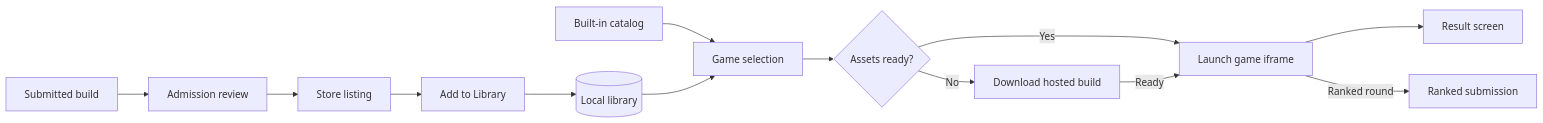
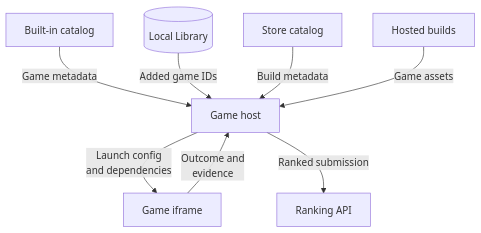
One commit to CSE210-Team-7-11/RanKing changed the first of 4 diagrams in docs/architecture/game-library.md. Above: the diagram before and after it, drawn with Mermaid. The commit also changed other lines of this file and 2 other files, not shown here.

Commit message:
Improved system structure diagrams

````diff
--- a/docs/architecture/game-library.md
+++ b/docs/architecture/game-library.md
@@ -9,15 +9,10 @@
 ```mermaid
-flowchart LR
-    BuiltIn["Built-in catalog"] --> Catalog["Game selection"]
-    Source["Submitted build"] --> Vet["Admission review"]
-    Vet --> Store["Store listing"]
-    Store --> Add["Add to Library"]
-    Add --> Library[("Local library")]
-    Library --> Catalog
-    Catalog --> Ready{"Assets ready?"}
-    Ready -->|Yes| FrameRun["Launch game iframe"]
-    Ready -->|No| Download["Download hosted build"]
-    Download -->|Ready| FrameRun
-    FrameRun --> Result["Result screen"]
-    FrameRun -->|Ranked round| Ranked["Ranked submission"]
+flowchart TB
+    BuiltIn["Built-in catalog"] -->|Game metadata| Host["Game host"]
+    Library[("Local Library")] -->|Added game IDs| Host
+    Catalog["Store catalog"] -->|Build metadata| Host
+    Builds["Hosted builds"] -->|Game assets| Host
+    Host -->|Launch config<br/>and dependencies| Frame["Game iframe"]
+    Frame -->|Outcome and<br/>evidence| Host
+    Host -->|Ranked submission| API["Ranking API"]
 ```
````
